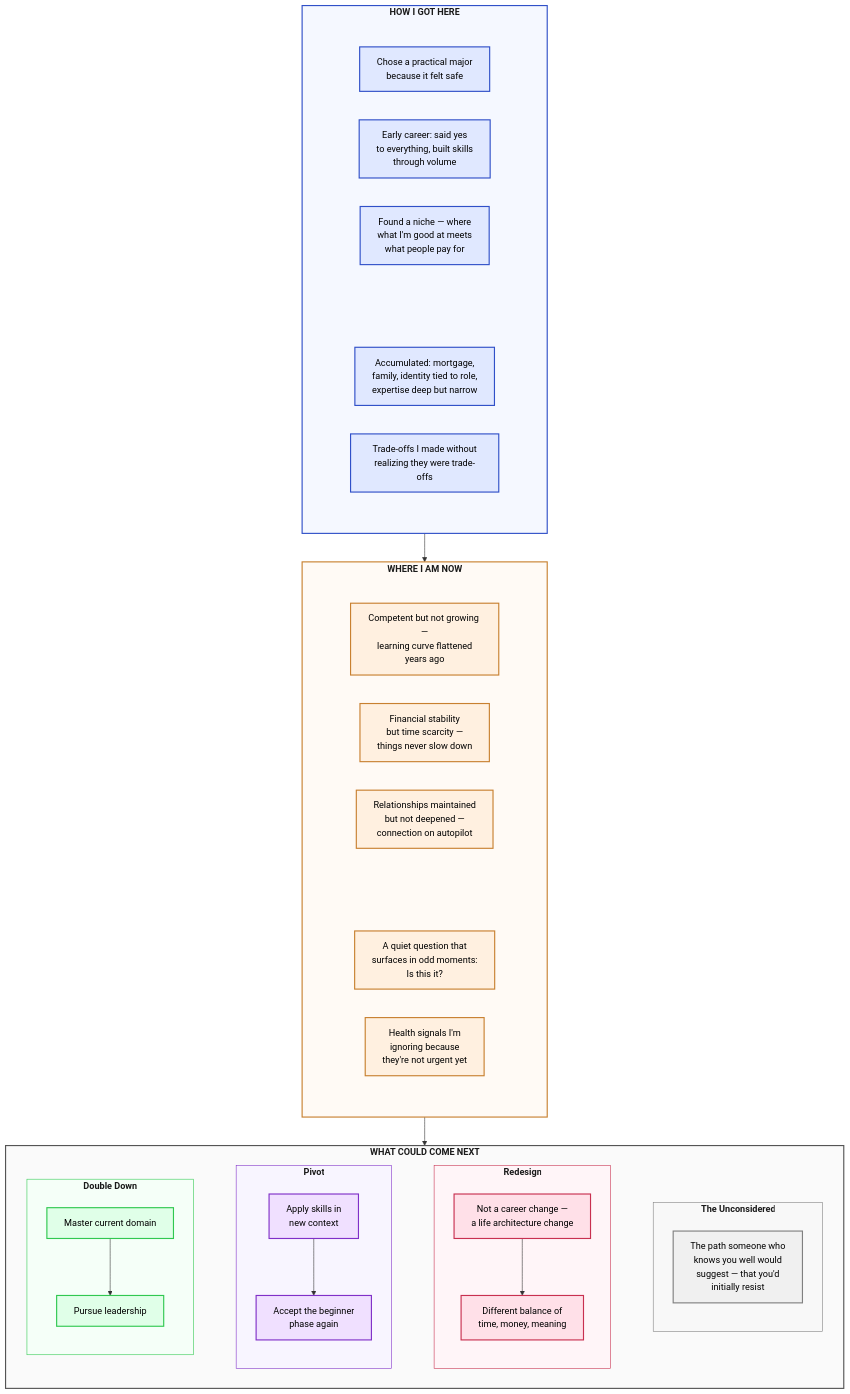
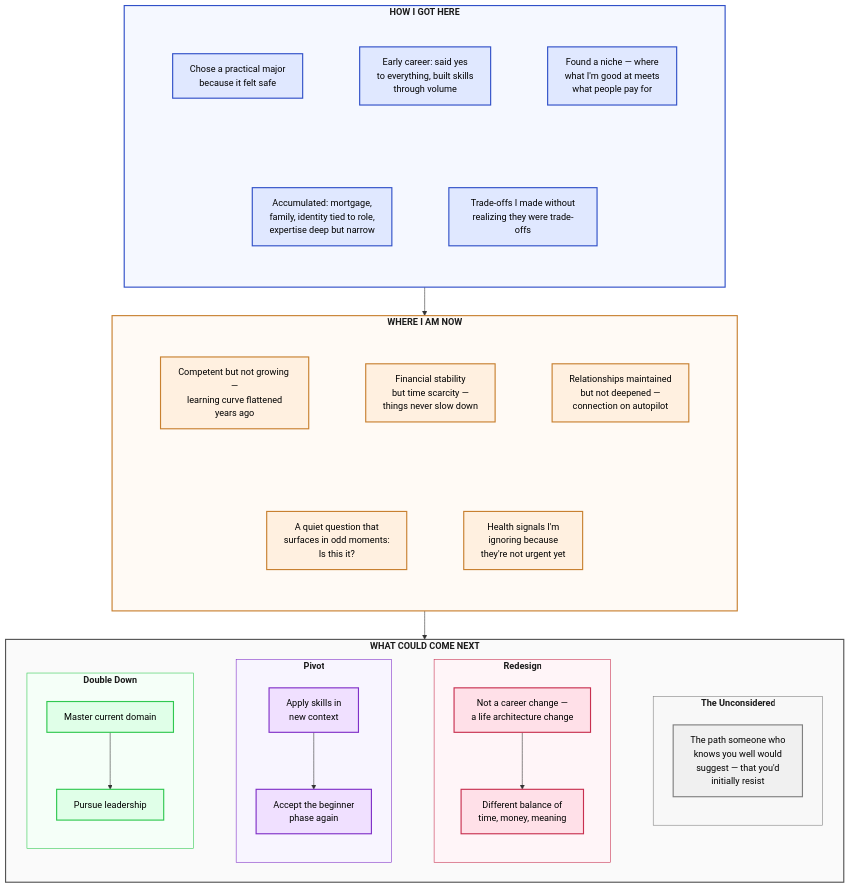
The fourth of 9 diagrams in EXAMPLES.md (HighDesertWizard/mermaid-diagram-guidelines), drawn with Mermaid before and after one commit. The commit also changed other lines of this file, not shown here.

Commit message:
Fix staircase layout: add ~~~ links between standalone nodes in row subgraphs
Standalone nodes (no --> edges) inside direction LR subgraphs need
~~~ invisible links to force horizontal arrangement. Without any edges,
dagre ignores direction LR and stacks nodes vertically.

Affected: antibiotics Present rows, decision-making Past and Present rows.
Rows with --> chains (antibiotics Past) were already correct.

https://claude.ai/code/session_01V5qnnRtsokLKSNt4y3rvff

```diff
--- a/EXAMPLES.md
+++ b/EXAMPLES.md
@@ -298,11 +300,13 @@
             P1["Chose a practical major<br>because it felt safe"]
             P2["Early career: said yes<br>to everything, built skills<br>through volume"]
             P3["Found a niche — where<br>what I'm good at meets<br>what people pay for"]
+            P1 ~~~ P2 ~~~ P3
         end
         subgraph PastRow2[" "]
             direction LR
             P4["Accumulated: mortgage,<br>family, identity tied to role,<br>expertise deep but narrow"]
             P5["Trade-offs I made without<br>realizing they were trade-offs"]
+            P4 ~~~ P5
         end
         PastRow1 ~~~ PastRow2
     end
@@ -314,11 +318,13 @@
             N1["Competent but not growing —<br>learning curve flattened<br>years ago"]
             N2["Financial stability<br>but time scarcity —<br>things never slow down"]
             N3["Relationships maintained<br>but not deepened —<br>connection on autopilot"]
+            N1 ~~~ N2 ~~~ N3
         end
         subgraph PresentRow2[" "]
             direction LR
             N4["A quiet question that<br>surfaces in odd moments:<br>Is this it?"]
             N5["Health signals I'm<br>ignoring because<br>they're not urgent yet"]
+            N4 ~~~ N5
         end
         PresentRow1 ~~~ PresentRow2
     end
```
